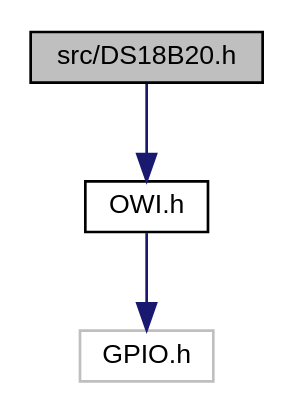
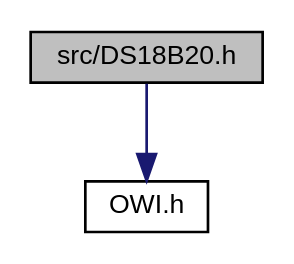
The diagram in Arduino-OWI/d2/d15/DS18B20_8h__incl.dot (mikaelpatel/mikaelpatel.github.io), drawn with Graphviz before and after one commit. The commit also changed 190 other files, not shown here.

```diff
--- a/Arduino-OWI/d2/d15/DS18B20_8h__incl.dot
+++ b/Arduino-OWI/d2/d15/DS18B20_8h__incl.dot
@@ -1,10 +1,8 @@
 digraph "src/DS18B20.h"
 {
   edge [fontname="Helvetica",fontsize="10",labelfontname="Helvetica",labelfontsize="10"];
   node [fontname="Helvetica",fontsize="10",shape=record];
   Node1 [label="src/DS18B20.h",height=0.2,width=0.4,color="black", fillcolor="grey75", style="filled", fontcolor="black"];
   Node1 -> Node2 [color="midnightblue",fontsize="10",style="solid",fontname="Helvetica"];
   Node2 [label="OWI.h",height=0.2,width=0.4,color="black", fillcolor="white", style="filled",URL="$d5/d27/OWI_8h.html"];
-  Node2 -> Node3 [color="midnightblue",fontsize="10",style="solid",fontname="Helvetica"];
-  Node3 [label="GPIO.h",height=0.2,width=0.4,color="grey75", fillcolor="white", style="filled"];
 }
```
